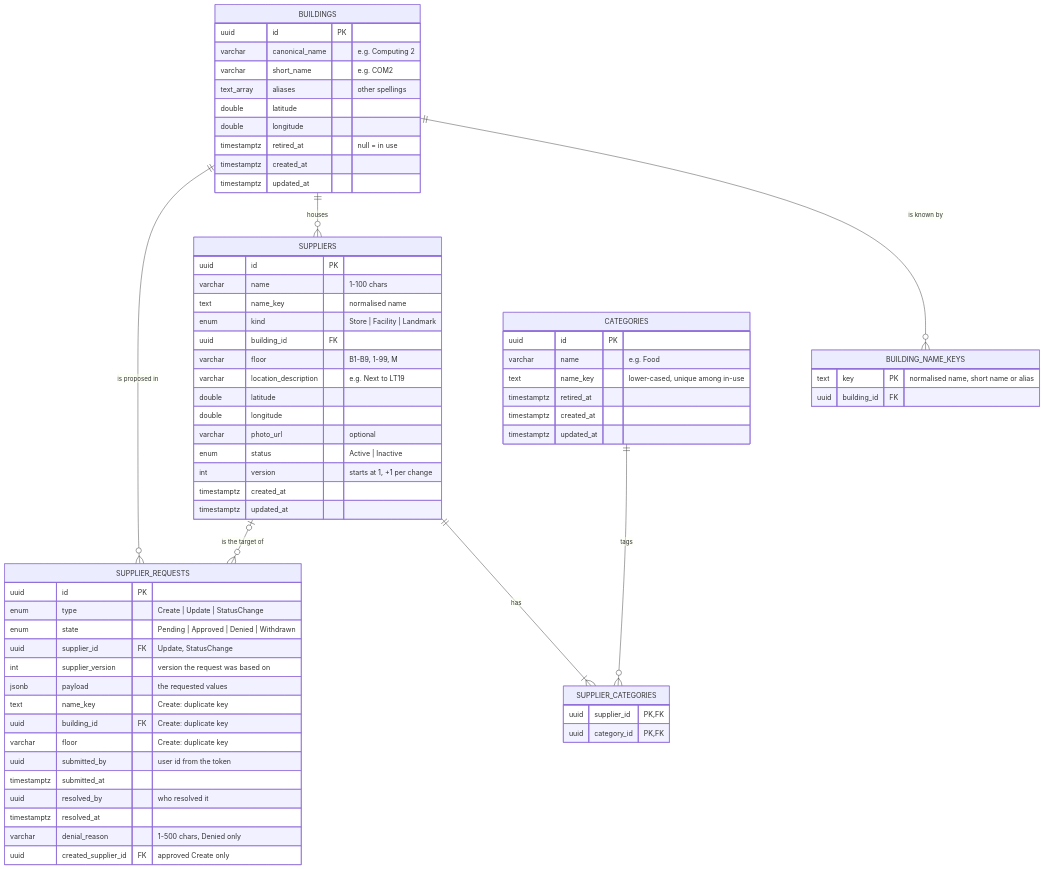
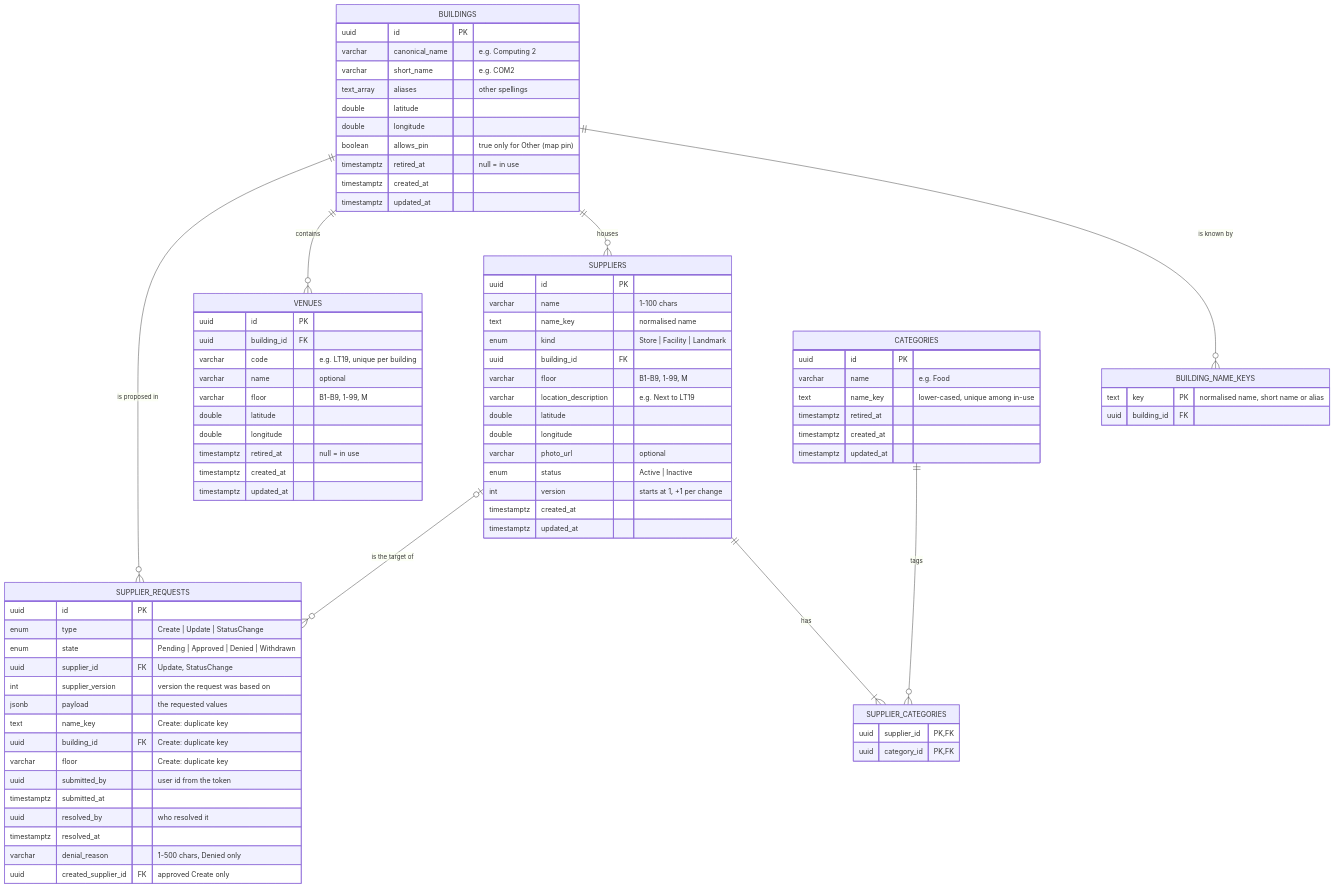
The first of 5 diagrams in supplier-service/README.md (AY2627S1-CS3219-P27/FoC), drawn with Mermaid before and after one commit. The commit also changed other lines of this file and 1 other file, not shown here.

Commit message:
Document venues, map pin and delivery venue validation

```diff
--- a/supplier-service/README.md
+++ b/supplier-service/README.md
@@ -90,6 +90,7 @@
 erDiagram
     BUILDINGS ||--o{ BUILDING_NAME_KEYS : "is known by"
     BUILDINGS ||--o{ SUPPLIERS : "houses"
+    BUILDINGS ||--o{ VENUES : "contains"
     SUPPLIERS ||--|{ SUPPLIER_CATEGORIES : "has"
     CATEGORIES ||--o{ SUPPLIER_CATEGORIES : "tags"
 
@@ -98,6 +99,19 @@
         varchar canonical_name "e.g. Computing 2"
         varchar short_name "e.g. COM2"
         text_array aliases "other spellings"
+        double latitude
+        double longitude
+        boolean allows_pin "true only for Other (map pin)"
+        timestamptz retired_at "null = in use"
+        timestamptz created_at
+        timestamptz updated_at
+    }
+    VENUES {
+        uuid id PK
+        uuid building_id FK
+        varchar code "e.g. LT19, unique per building"
+        varchar name "optional"
+        varchar floor "B1-B9, 1-99, M"
         double latitude
         double longitude
         timestamptz retired_at "null = in use"
```
